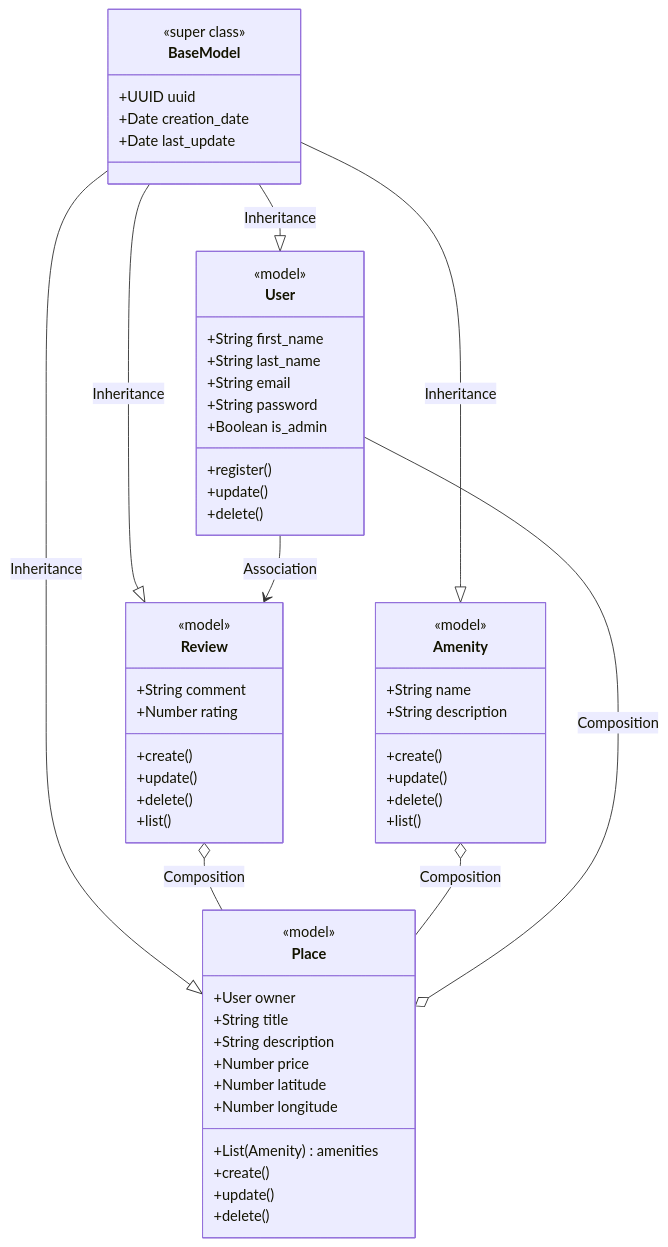
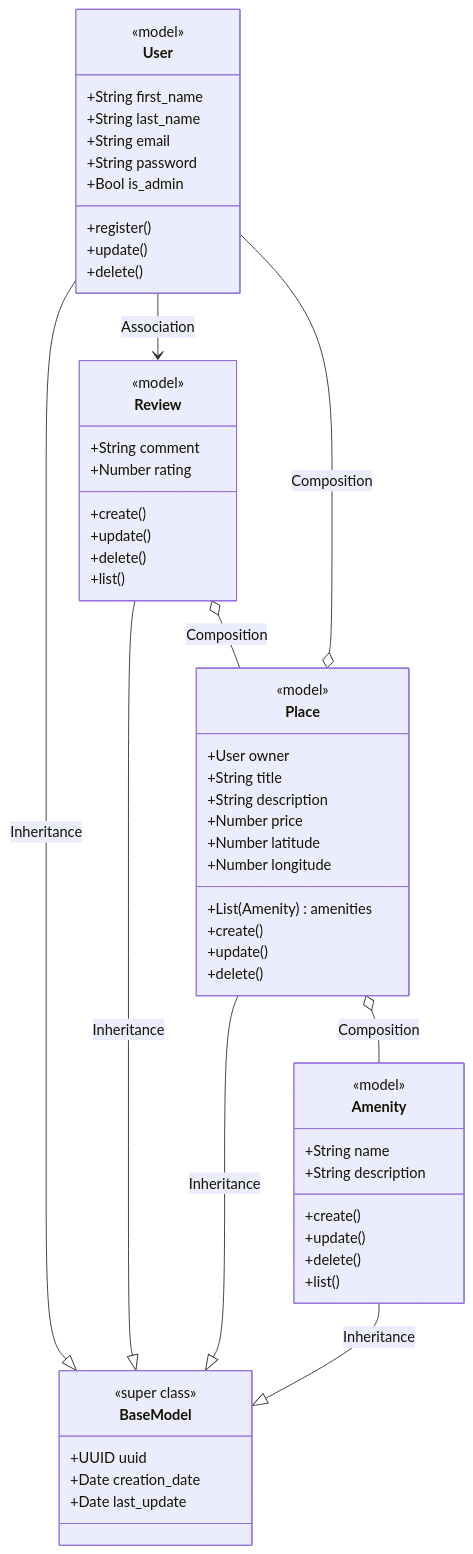
Before and after one commit to feratholberton/holbertonschool-hbnb: the second of 6 diagrams in README.md, drawn with Mermaid. The commit also changed other lines of this file, not shown here.

````diff
--- a/README.md
+++ b/README.md
@@ -88,70 +88,71 @@
 ```mermaid
 classDiagram
+
 class BaseModel {
   <<super class>>
   +UUID uuid
   +Date creation_date
   +Date last_update
 }
 
 class User {
   <<model>>
   +String first_name
   +String last_name
   +String email
   +String password
-  +Boolean is_admin
+  +Bool is_admin
   +register()
   +update()
   +delete()
 }
 
 class Place {
   <<model>>
   +User owner
   +String title
   +String description
   +Number price
   +Number latitude
   +Number longitude
   +List (Amenity) amenities
   +create()
   +update()
   +delete()
 }
 
 class Amenity {
   <<model>>
   +String name
   +String description
   +create()
   +update()
   +delete()
   +list()
 }
 
 class Review {
   <<model>>
   +String comment
   +Number rating
   +create()
   +update()
   +delete()
   +list()
 }
 
 %% Python method types: 
 %% static method
 %% class method
 %% instance method
 
-BaseModel --|> User : Inheritance
-BaseModel --|> Place : Inheritance
-BaseModel --|> Amenity : Inheritance
-BaseModel --|> Review : Inheritance
+User --|> BaseModel : Inheritance
+Place --|> BaseModel : Inheritance
+Amenity --|> BaseModel  : Inheritance
+Review --|> BaseModel : Inheritance
+
 Place o-- User : Composition
+Place o-- Amenity : Composition
 Review o-- Place : Composition
-Amenity o-- Place : Composition
 User --> Review : Association
-
 ```
````
